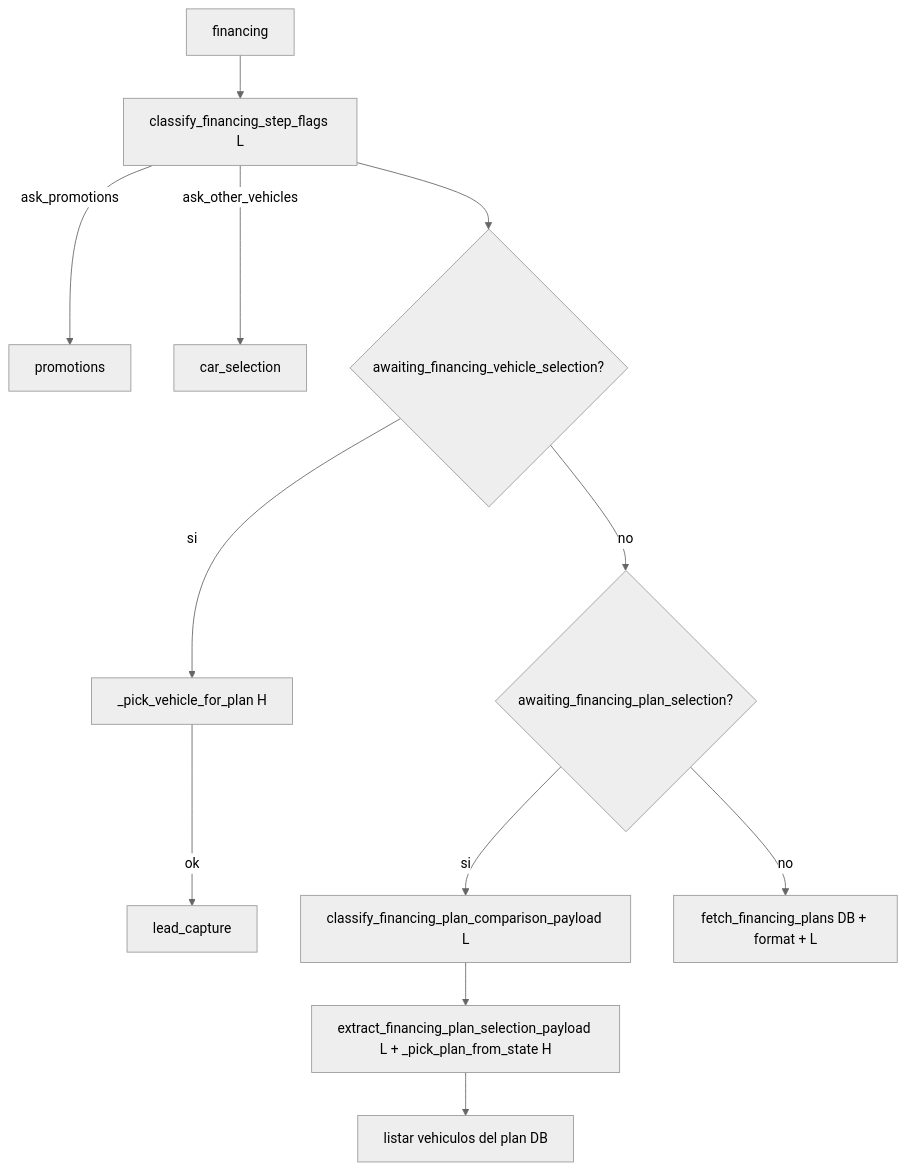
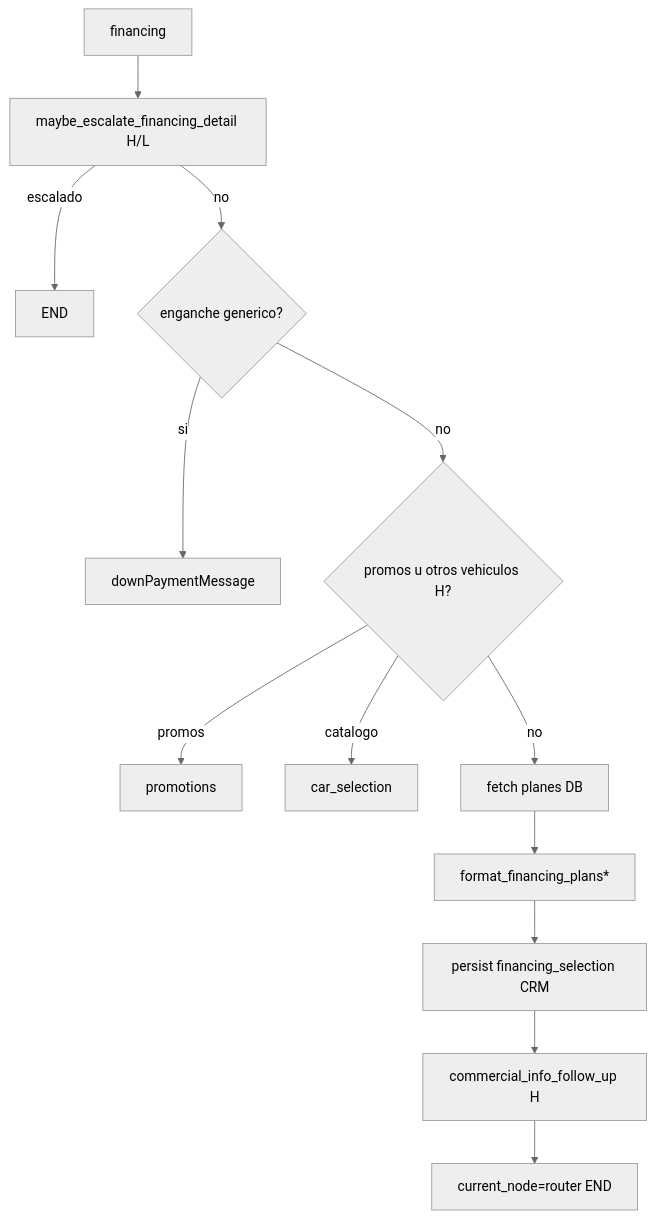
Before and after one commit to JoseManuelGdlO/car-advisor-bot: the eighth of 11 diagrams in bot/docs/flujo-completo.md, drawn with Mermaid (neutral theme). The commit also changed other lines of this file and 24 other files, not shown here.

First line of the commit message:
refactor: financing and promotions nodes for informative responses

````diff
--- a/bot/docs/flujo-completo.md
+++ b/bot/docs/flujo-completo.md
@@ -392,14 +389,15 @@
 ```mermaid
 flowchart TD
-    entry[financing] --> flags["classify_financing_step_flags L"]
-    flags -->|ask_promotions| promNode[promotions]
-    flags -->|ask_other_vehicles| carNode[car_selection]
-    flags --> awaitingVehicle{awaiting_financing_vehicle_selection?}
-    awaitingVehicle -->|si| pickVehicle["_pick_vehicle_for_plan H"]
-    pickVehicle -->|ok| leadNode[lead_capture]
-    awaitingVehicle -->|no| awaitingPlan{awaiting_financing_plan_selection?}
-    awaitingPlan -->|si| comparePlans["classify_financing_plan_comparison_payload L"]
-    comparePlans --> selectPlan["extract_financing_plan_selection_payload L + _pick_plan_from_state H"]
-    selectPlan --> planVehicles[listar vehiculos del plan DB]
-    awaitingPlan -->|no| listPlans["fetch_financing_plans DB + format + L"]
+    entry[financing] --> escalate["maybe_escalate_financing_detail H/L"]
+    escalate -->|escalado| endEsc[END]
+    escalate -->|no| engache{enganche generico?}
+    engache -->|si| downPay["downPaymentMessage"]
+    engache -->|no| hop{promos u otros vehiculos H?}
+    hop -->|promos| promNode[promotions]
+    hop -->|catalogo| carNode[car_selection]
+    hop -->|no| fetch["fetch planes DB"]
+    fetch --> format["format_financing_plans*"]
+    format --> persist["persist financing_selection CRM"]
+    persist --> follow["commercial_info_follow_up H"]
+    follow --> endInfo["current_node=router END"]
 ```
````
